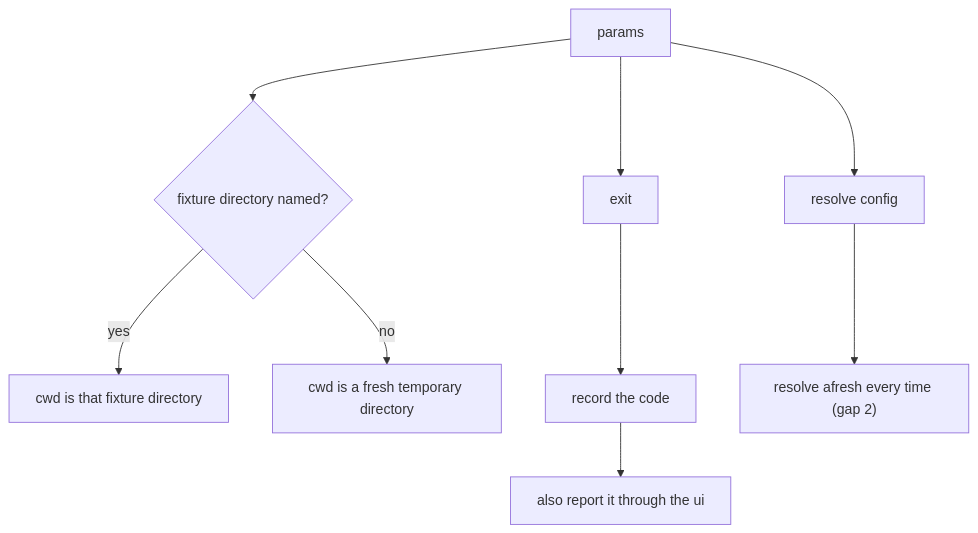
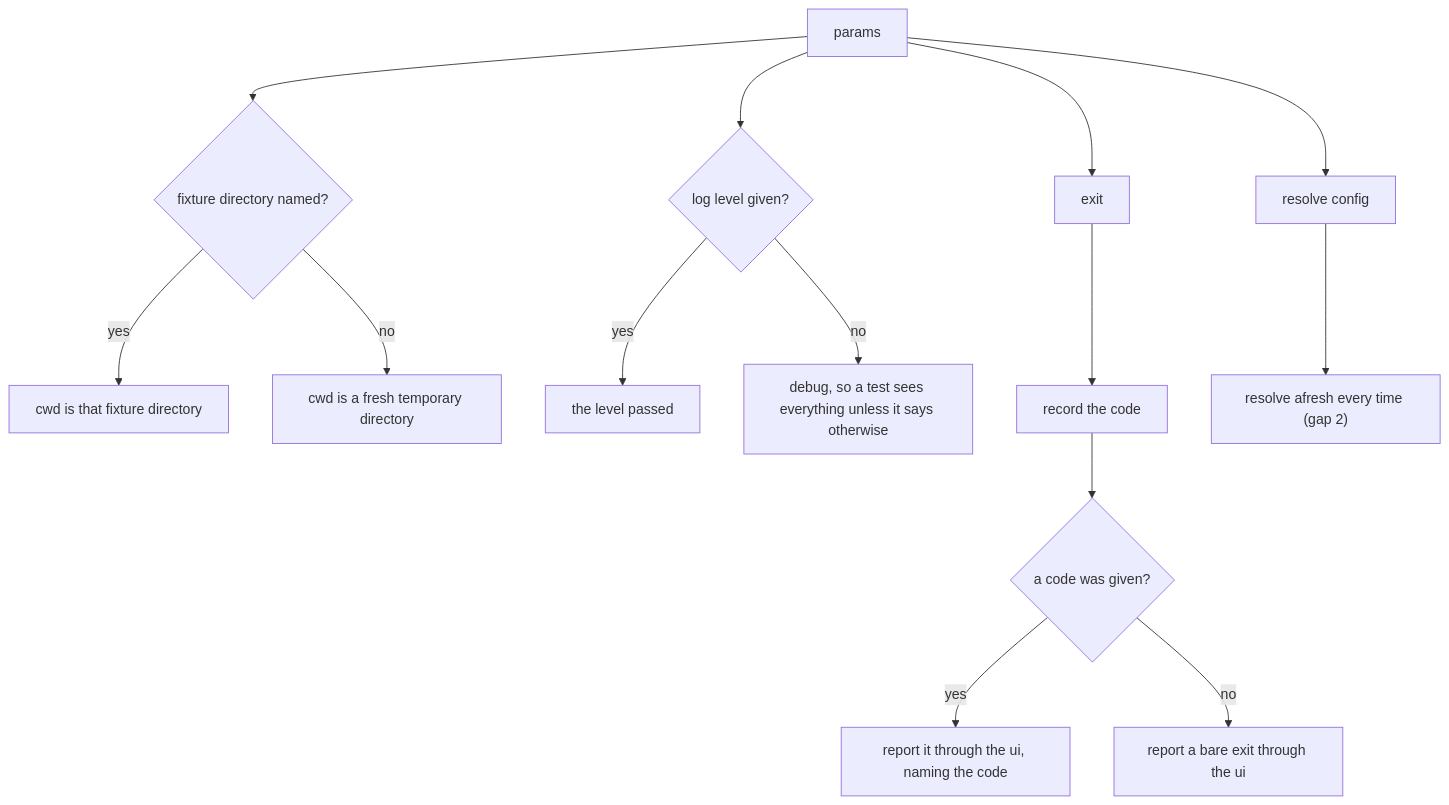
One commit to clibuilder/clibuilder changed the third of 4 diagrams in packages/clibuilder/.agents/spec/testing/README.md. Above: the diagram before and after it, drawn with Mermaid. The commit also changed other lines of this file and 1 other file, not shown here.

````diff
--- a/packages/clibuilder/.agents/spec/testing/README.md
+++ b/packages/clibuilder/.agents/spec/testing/README.md
@@ -194,8 +198,13 @@
 ```mermaid
 graph TD
   M[params] --> FD{fixture directory named?}
   FD -- yes --> FX[cwd is that fixture directory]
   FD -- no --> TMP[cwd is a fresh temporary directory]
-  M --> X[exit] --> REC[record the code] --> RPT[also report it through the ui]
+  M --> LL{log level given?}
+  LL -- yes --> LLU[the level passed]
+  LL -- no --> LLD[debug, so a test sees everything unless it says otherwise]
+  M --> X[exit] --> REC[record the code] --> RPT{a code was given?}
+  RPT -- yes --> RPTC[report it through the ui, naming the code]
+  RPT -- no --> RPTB[report a bare exit through the ui]
   M --> RC[resolve config] --> FRESH["resolve afresh every time (gap 2)"]
 ```
````
